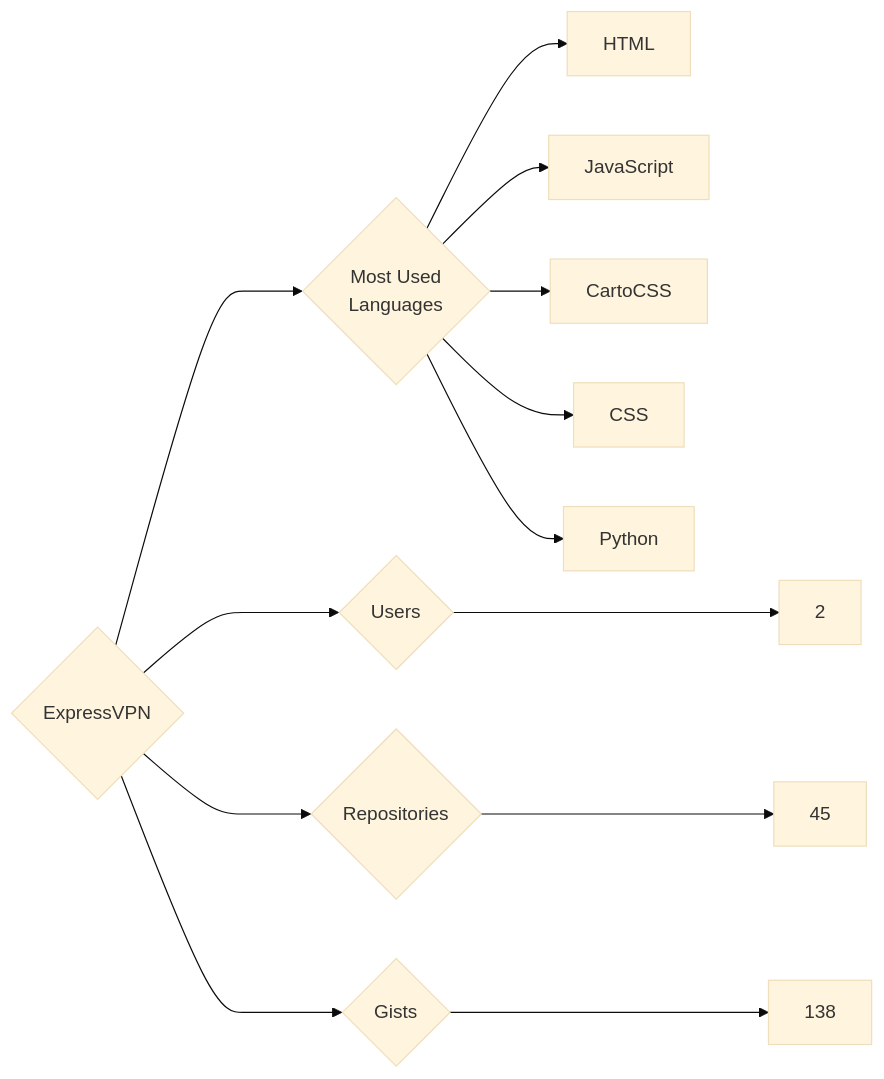
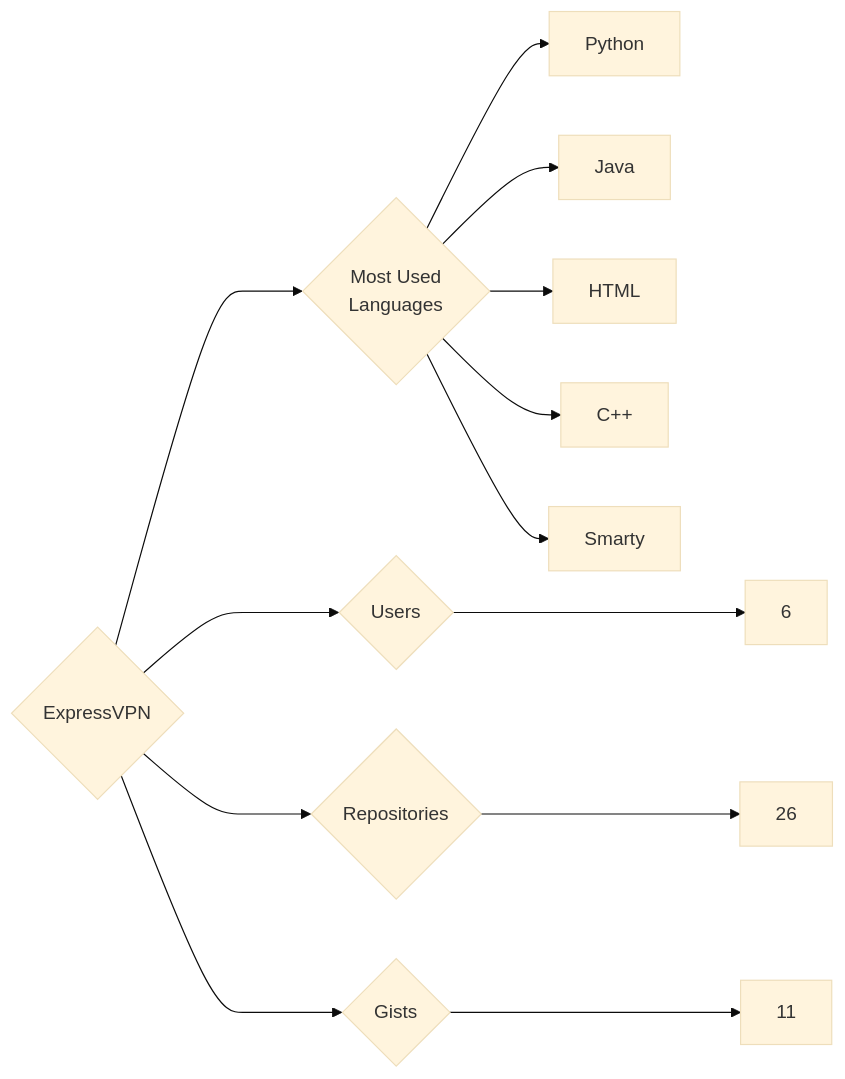
Before and after one commit to trickest/insiders: the diagram in targets/ExpressVPN/README.md, drawn with Mermaid (base theme). The commit also changed 1175 other files, not shown here.

````diff
--- a/targets/ExpressVPN/README.md
+++ b/targets/ExpressVPN/README.md
@@ -3,13 +3,13 @@
 ```mermaid
 graph LR
 COMPANY_NAME{ExpressVPN}
-COMPANY_NAME ---> U{Users} ---> UN[2]
-COMPANY_NAME ---> R{Repositories} ---> RN[45]
-COMPANY_NAME ---> G{Gists} ---> GN[138]
+COMPANY_NAME ---> U{Users} ---> UN[6]
+COMPANY_NAME ---> R{Repositories} ---> RN[26]
+COMPANY_NAME ---> G{Gists} ---> GN[11]
 COMPANY_NAME ---> ML{Most Used<br>Languages}
+ML --> Python[Python]
+ML --> Java[Java]
 ML --> HTML[HTML]
-ML --> JavaScript[JavaScript]
-ML --> CartoCSS[CartoCSS]
-ML --> CSS[CSS]
-ML --> Python[Python]
+ML --> C++[C++]
+ML --> Smarty[Smarty]
 ```
````
